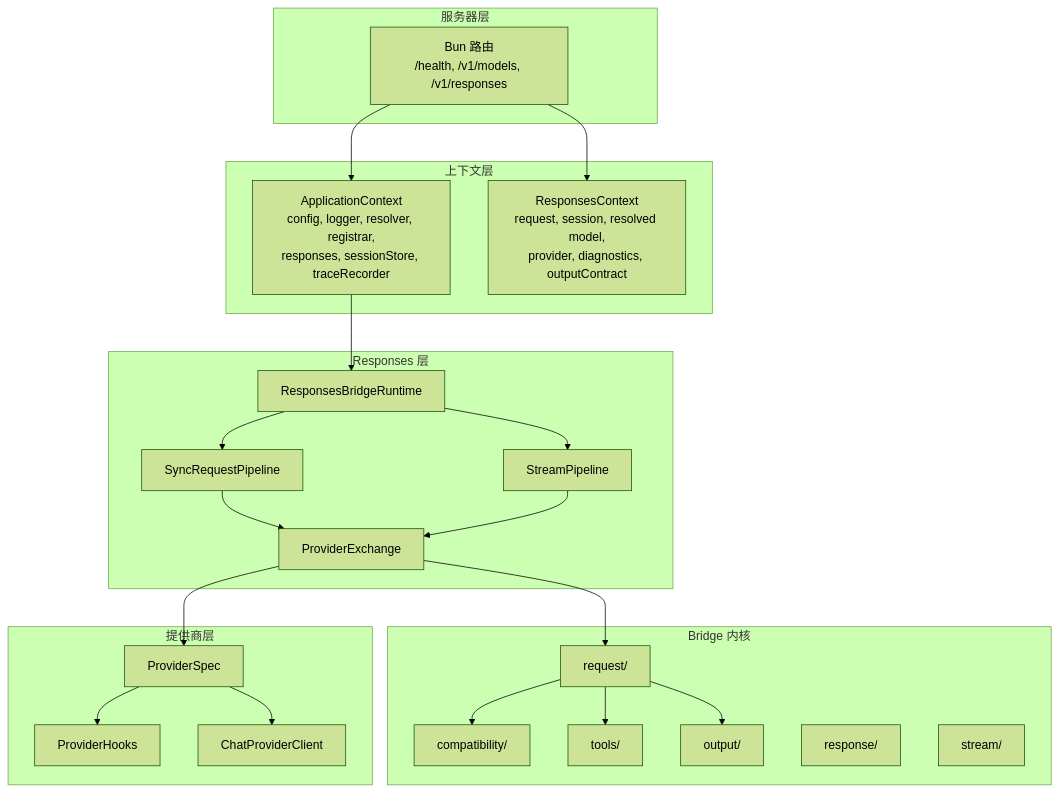
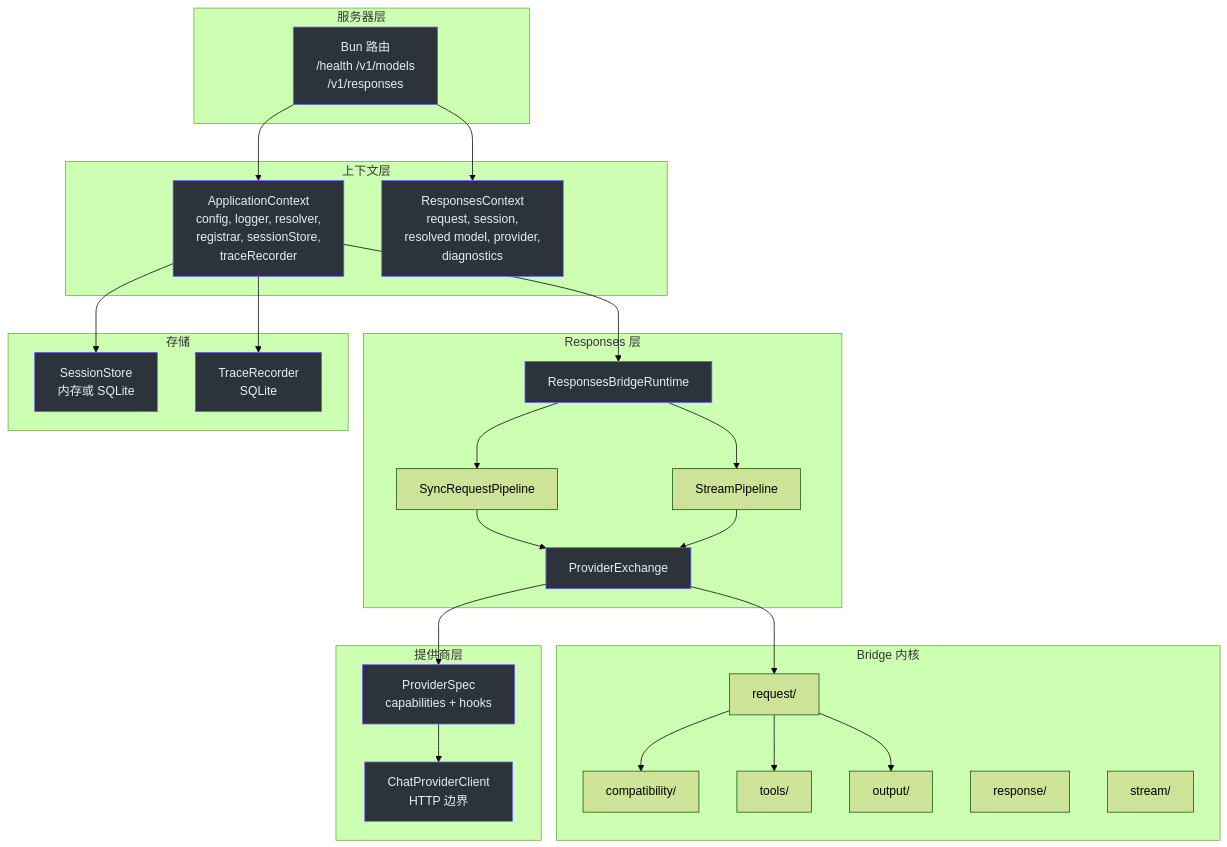
Before and after one commit to zamelee/GodeX: the first of 5 diagrams in wiki/zh/onboarding/staff-engineer-guide.md, drawn with Mermaid (forest theme). The commit also changed other lines of this file and 9 other files, not shown here.

````diff
--- a/wiki/zh/onboarding/staff-engineer-guide.md
+++ b/wiki/zh/onboarding/staff-engineer-guide.md
@@ -29,48 +42,63 @@
 ```mermaid
-flowchart TD
-  subgraph server["服务器层"]
-    ROUTES["Bun 路由<br>/health, /v1/models, /v1/responses"]
+graph TB
+  subgraph Server["服务器层"]
+    Routes["Bun 路由<br>/health /v1/models<br>/v1/responses"]
   end
 
-  subgraph context["上下文层"]
-    APP["ApplicationContext<br>config, logger, resolver, registrar,<br>responses, sessionStore, traceRecorder"]
-    RCTX["ResponsesContext<br>request, session, resolved model,<br>provider, diagnostics, outputContract"]
+  subgraph Context["上下文层"]
+    AppCtx["ApplicationContext<br>config, logger, resolver,<br>registrar, sessionStore,<br>traceRecorder"]
+    RspCtx["ResponsesContext<br>request, session,<br>resolved model, provider,<br>diagnostics"]
   end
 
-  subgraph responses["Responses 层"]
-    RUNTIME["ResponsesBridgeRuntime"]
-    SYNC["SyncRequestPipeline"]
-    STREAM["StreamPipeline"]
-    EXCHANGE["ProviderExchange"]
+  subgraph Runtime["Responses 层"]
+    RBR["ResponsesBridgeRuntime"]
+    Sync["SyncRequestPipeline"]
+    Stream["StreamPipeline"]
+    Exchange["ProviderExchange"]
   end
 
-  subgraph bridge["Bridge 内核"]
-    COMPAT["compatibility/"]
-    TOOLS["tools/"]
-    OUTPUT["output/"]
-    REQUEST["request/"]
-    RESPONSE["response/"]
-    STM["stream/"]
+  subgraph Bridge["Bridge 内核"]
+    Compat["compatibility/"]
+    Request["request/"]
+    Tools["tools/"]
+    Output["output/"]
+    Response["response/"]
+    Stm["stream/"]
   end
 
-  subgraph providers["提供商层"]
-    SPEC["ProviderSpec"]
-    HOOKS["ProviderHooks"]
-    CLIENT["ChatProviderClient"]
+  subgraph Providers["提供商层"]
+    Spec["ProviderSpec<br>capabilities + hooks"]
+    Client["ChatProviderClient<br>HTTP 边界"]
   end
 
-  ROUTES --> APP
-  ROUTES --> RCTX
-  APP --> RUNTIME
-  RUNTIME --> SYNC
-  RUNTIME --> STREAM
-  SYNC --> EXCHANGE
-  STREAM --> EXCHANGE
-  EXCHANGE --> REQUEST
-  EXCHANGE --> SPEC
-  REQUEST --> COMPAT
-  REQUEST --> TOOLS
-  REQUEST --> OUTPUT
-  SPEC --> HOOKS
-  SPEC --> CLIENT
+  subgraph Storage["存储"]
+    Session["SessionStore<br>内存或 SQLite"]
+    Trace["TraceRecorder<br>SQLite"]
+  end
+
+  Routes --> AppCtx
+  Routes --> RspCtx
+  AppCtx --> RBR
+  RBR --> Sync
+  RBR --> Stream
+  Sync --> Exchange
+  Stream --> Exchange
+  Exchange --> Request
+  Exchange --> Spec
+  Request --> Compat
+  Request --> Tools
+  Request --> Output
+  Spec --> Client
+  AppCtx --> Session
+  AppCtx --> Trace
+
+  style Routes fill:#2d333b,stroke:#6d5dfc,color:#e6edf3
+  style AppCtx fill:#2d333b,stroke:#6d5dfc,color:#e6edf3
+  style RspCtx fill:#2d333b,stroke:#6d5dfc,color:#e6edf3
+  style RBR fill:#2d333b,stroke:#6d5dfc,color:#e6edf3
+  style Exchange fill:#2d333b,stroke:#6d5dfc,color:#e6edf3
+  style Spec fill:#2d333b,stroke:#6d5dfc,color:#e6edf3
+  style Client fill:#2d333b,stroke:#6d5dfc,color:#e6edf3
+  style Session fill:#2d333b,stroke:#6d5dfc,color:#e6edf3
+  style Trace fill:#2d333b,stroke:#6d5dfc,color:#e6edf3
 ```
````
